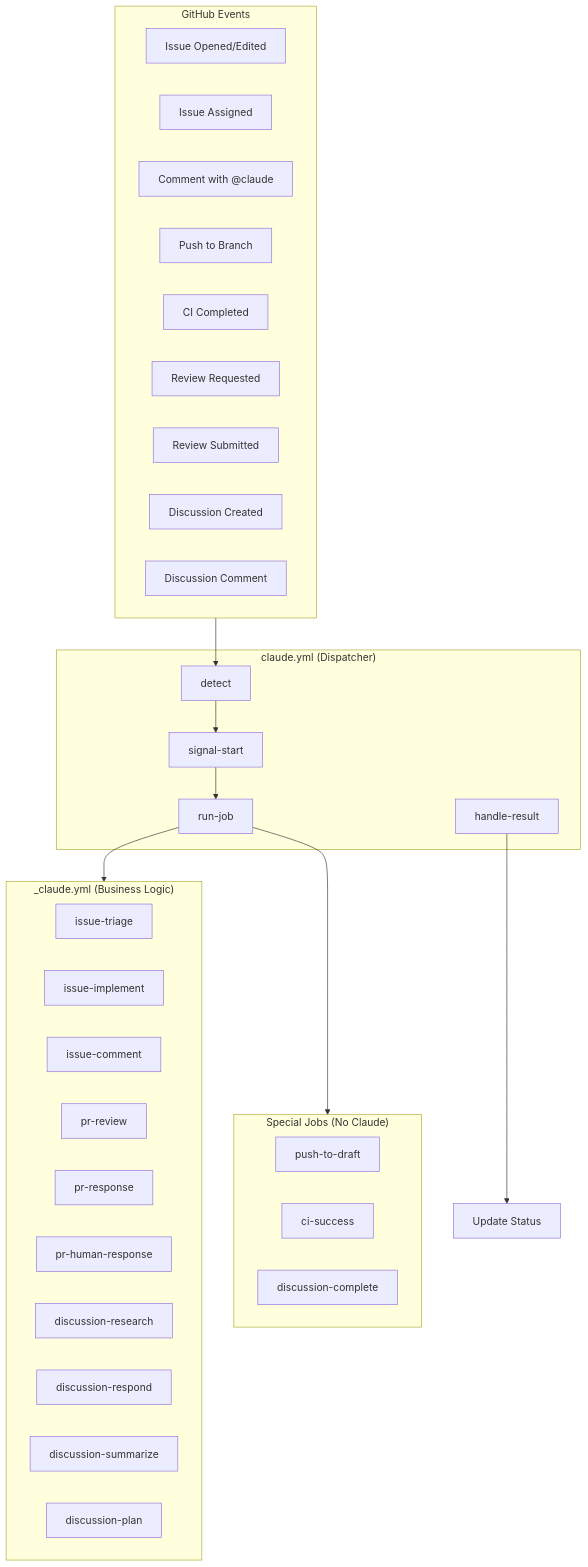
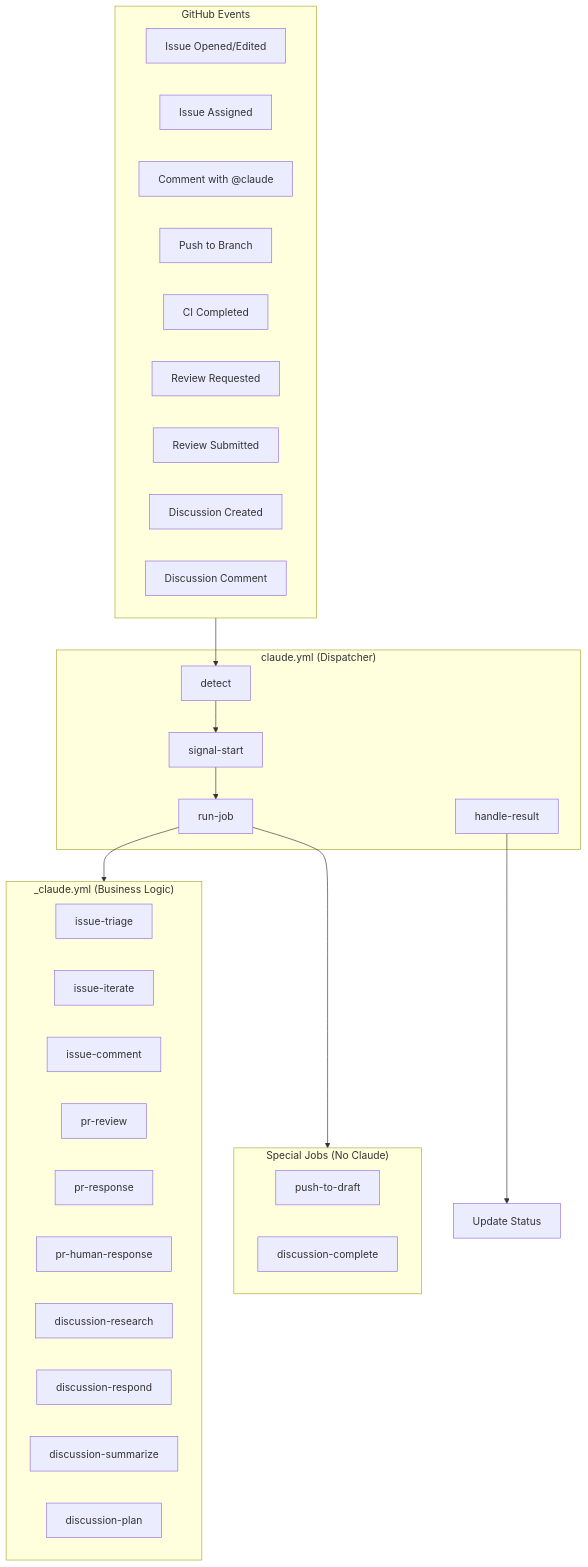
The first of 5 diagrams in docs/automation/ARCHITECTURE.md (kevin-mind/nopo), drawn with Mermaid before and after one commit. The commit also changed other lines of this file and 1 other file, not shown here.

````diff
--- a/docs/automation/ARCHITECTURE.md
+++ b/docs/automation/ARCHITECTURE.md
@@ -7,47 +7,46 @@
 ```mermaid
 flowchart TB
     subgraph Triggers["GitHub Events"]
         T1[Issue Opened/Edited]
         T2[Issue Assigned]
         T3[Comment with @claude]
         T4[Push to Branch]
         T5[CI Completed]
         T6[Review Requested]
         T7[Review Submitted]
         T8[Discussion Created]
         T9[Discussion Comment]
     end
 
     subgraph Dispatcher["claude.yml (Dispatcher)"]
         D1[detect]
         D2[signal-start]
         D3[run-job]
         D4[handle-result]
     end
 
     subgraph Special["Special Jobs (No Claude)"]
         S1[push-to-draft]
-        S2[ci-success]
         S3[discussion-complete]
     end
 
     subgraph Controller["_claude.yml (Business Logic)"]
         C1[issue-triage]
-        C2[issue-implement]
+        C2[issue-iterate]
         C3[issue-comment]
         C6[pr-review]
         C7[pr-response]
         C8[pr-human-response]
         C9[discussion-research]
         C10[discussion-respond]
         C11[discussion-summarize]
         C12[discussion-plan]
     end
 
     Triggers --> D1
     D1 --> D2
     D2 --> D3
     D3 --> Controller
     D3 --> Special
     D4 --> Result[Update Status]
 ```
````
